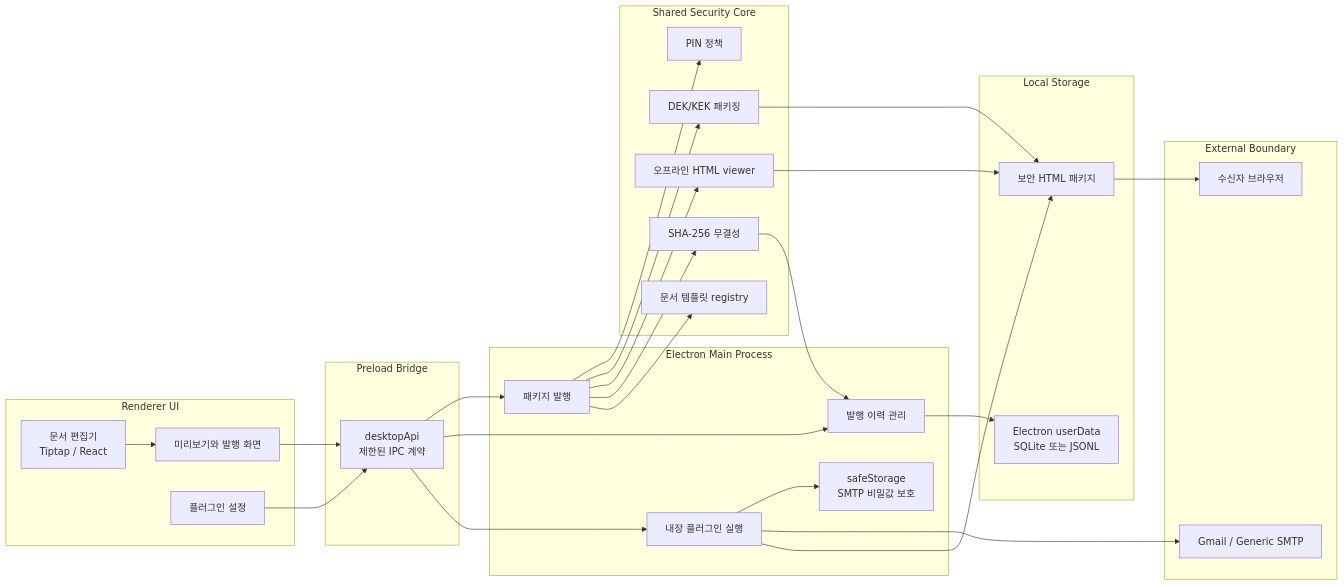
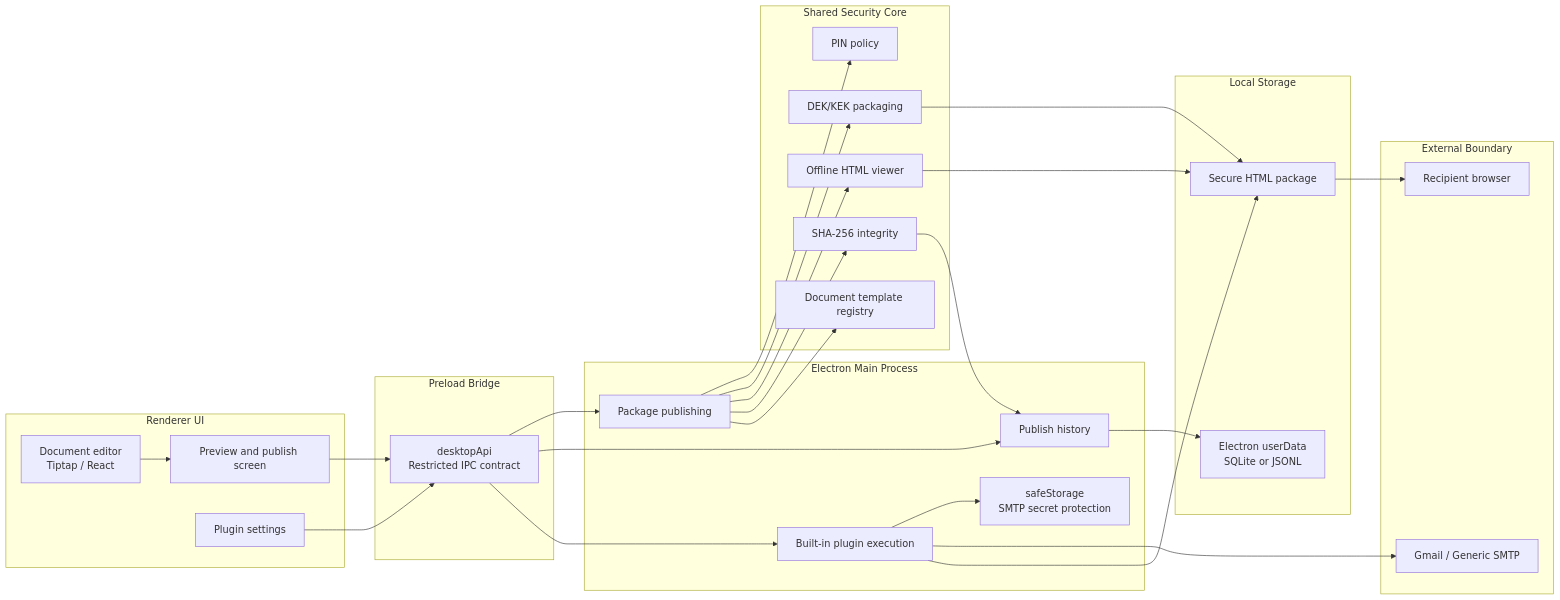
One commit to landfill/secure-doc changed the diagram in README.md. Above: the diagram before and after it, drawn with Mermaid. The commit also changed other lines of this file and 1 other file, not shown here.

````diff
--- a/README.md
+++ b/README.md
@@ -33,59 +37,59 @@
 ```mermaid
 flowchart LR
   subgraph UI["Renderer UI"]
-    Editor["문서 편집기<br/>Tiptap / React"]
-    Preview["미리보기와 발행 화면"]
-    Settings["플러그인 설정"]
+    Editor["Document editor<br/>Tiptap / React"]
+    Preview["Preview and publish screen"]
+    Settings["Plugin settings"]
   end
 
   subgraph Bridge["Preload Bridge"]
-    API["desktopApi<br/>제한된 IPC 계약"]
+    API["desktopApi<br/>Restricted IPC contract"]
   end
 
   subgraph Main["Electron Main Process"]
-    Publisher["패키지 발행"]
-    History["발행 이력 관리"]
-    PluginHost["내장 플러그인 실행"]
-    SafeSecrets["safeStorage<br/>SMTP 비밀값 보호"]
+    Publisher["Package publishing"]
+    History["Publish history"]
+    PluginHost["Built-in plugin execution"]
+    SafeSecrets["safeStorage<br/>SMTP secret protection"]
   end
 
   subgraph Shared["Shared Security Core"]
-    PinPolicy["PIN 정책"]
-    SecurePackage["DEK/KEK 패키징"]
-    ViewerHtml["오프라인 HTML viewer"]
-    Integrity["SHA-256 무결성"]
-    Templates["문서 템플릿 registry"]
+    PinPolicy["PIN policy"]
+    SecurePackage["DEK/KEK packaging"]
+    ViewerHtml["Offline HTML viewer"]
+    Integrity["SHA-256 integrity"]
+    Templates["Document template registry"]
   end
 
   subgraph Storage["Local Storage"]
-    UserData["Electron userData<br/>SQLite 또는 JSONL"]
-    PackageFile["보안 HTML 패키지"]
+    UserData["Electron userData<br/>SQLite or JSONL"]
+    PackageFile["Secure HTML package"]
   end
 
   subgraph External["External Boundary"]
-    Recipient["수신자 브라우저"]
+    Recipient["Recipient browser"]
     SMTP["Gmail / Generic SMTP"]
   end
 
   Editor --> Preview
   Settings --> API
   Preview --> API
   API --> Publisher
   API --> History
   API --> PluginHost
 
   Publisher --> PinPolicy
   Publisher --> SecurePackage
   Publisher --> ViewerHtml
   Publisher --> Integrity
   Publisher --> Templates
 
   SecurePackage --> PackageFile
   ViewerHtml --> PackageFile
   Integrity --> History
   History --> UserData
   PluginHost --> SafeSecrets
   PluginHost --> SMTP
   PluginHost --> PackageFile
   PackageFile --> Recipient
 ```
````
